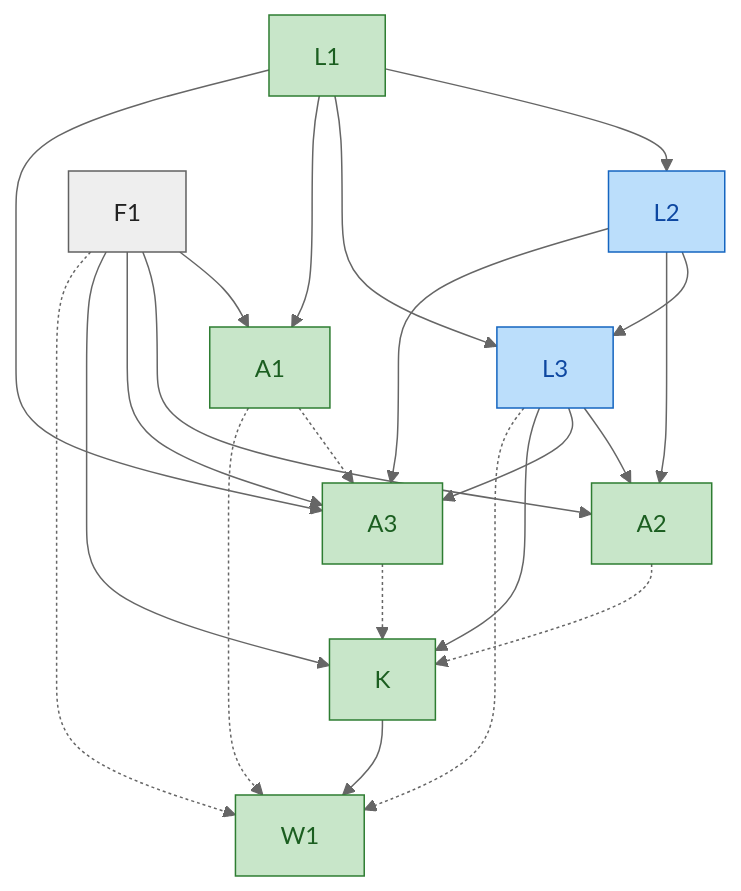
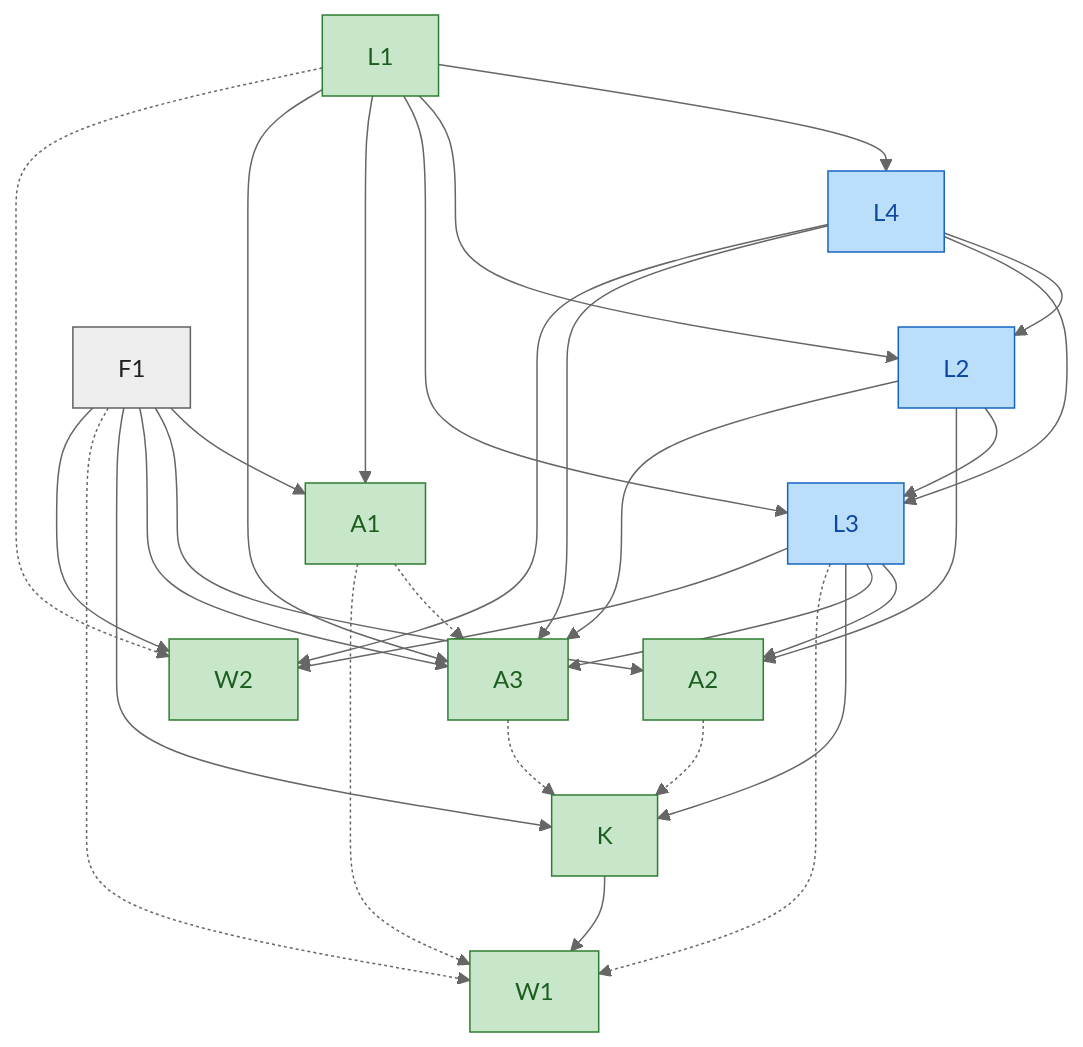
One commit to SeanWMurray/Canteen changed the second of 2 diagrams in docs/blueprint/pension-split.md. Above: the diagram before and after it, drawn with Mermaid (neutral theme). The commit also changed other lines of this file and 26 other files, not shown here.

````diff
--- a/docs/blueprint/pension-split.md
+++ b/docs/blueprint/pension-split.md
@@ -58,38 +66,48 @@
 ```mermaid
 graph TD
   n0["L1"]:::proven
-  n1["L2"]:::encoded
-  n2["L3"]:::encoded
-  n3["F1"]:::fact
-  n4["A1"]:::proven
-  n5["A2"]:::proven
-  n6["A3"]:::proven
-  n7["K"]:::proven
-  n8["W1"]:::proven
+  n1["L4"]:::encoded
+  n2["L2"]:::encoded
+  n3["L3"]:::encoded
+  n4["F1"]:::fact
+  n5["A1"]:::proven
+  n6["A2"]:::proven
+  n7["A3"]:::proven
+  n8["K"]:::proven
+  n9["W1"]:::proven
+  n10["W2"]:::proven
   n0 --> n1
   n0 --> n2
   n1 --> n2
-  n0 --> n4
-  n3 --> n4
-  n2 --> n5
-  n3 --> n5
-  n1 --> n5
+  n0 --> n3
+  n1 --> n3
+  n2 --> n3
+  n0 --> n5
+  n4 --> n5
+  n3 --> n6
+  n4 --> n6
   n2 --> n6
-  n0 --> n6
-  n3 --> n6
-  n1 --> n6
-  n4 -.-> n6
+  n3 --> n7
+  n0 --> n7
+  n1 --> n7
+  n4 --> n7
   n2 --> n7
-  n3 --> n7
   n5 -.-> n7
-  n6 -.-> n7
-  n7 --> n8
-  n4 -.-> n8
-  n3 -.-> n8
-  n2 -.-> n8
+  n3 --> n8
+  n4 --> n8
+  n6 -.-> n8
+  n7 -.-> n8
+  n8 --> n9
+  n5 -.-> n9
+  n4 -.-> n9
+  n3 -.-> n9
+  n4 --> n10
+  n3 --> n10
+  n1 --> n10
+  n0 -.-> n10
   classDef proven fill:#c8e6c9,stroke:#2e7d32,color:#1b5e20
   classDef encoded fill:#bbdefb,stroke:#1565c0,color:#0d47a1
   classDef fact fill:#eeeeee,stroke:#616161,color:#212121
   classDef judgment fill:#ffe0b2,stroke:#ef6c00,color:#e65100
   classDef notFormalized fill:#ffffff,stroke:#c62828,color:#b71c1c,stroke-dasharray:5 5
 ```
````
